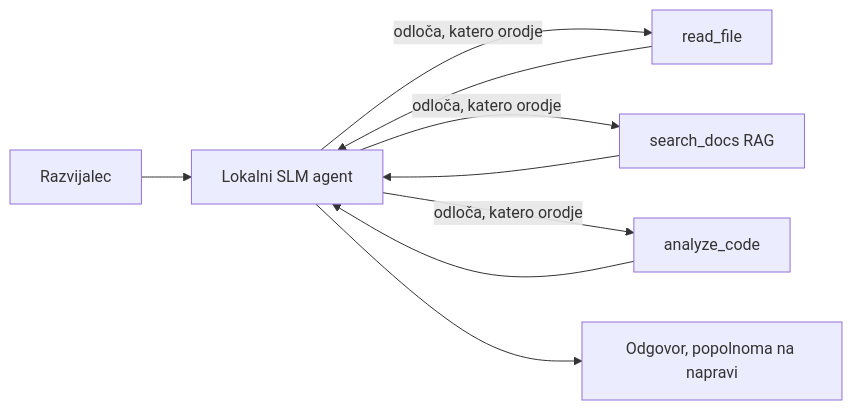
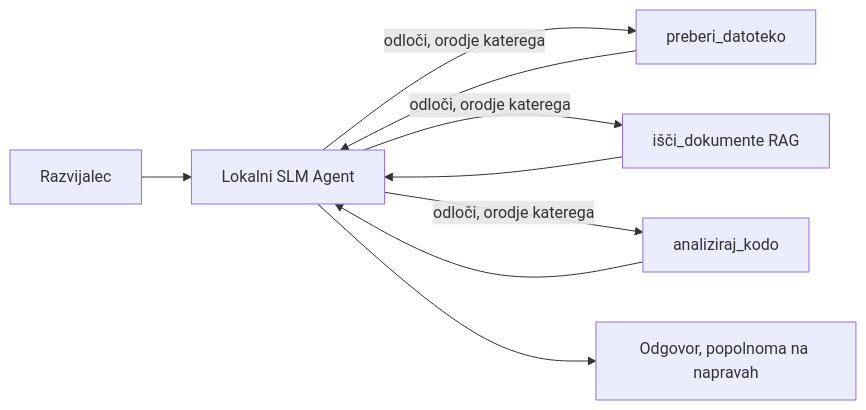
The first of 4 diagrams in mirrors/repos/microsoft@ai-agents-for-beginners/translations/sl/17-creating-local-ai-agents/README.md (gabrielmoreira/agent-skills-mirror), drawn with Mermaid before and after one commit. The commit also changed other lines of this file and 4262 other files, not shown here.

````diff
--- a/mirrors/repos/microsoft@ai-agents-for-beginners/translations/sl/17-creating-local-ai-agents/README.md
+++ b/mirrors/repos/microsoft@ai-agents-for-beginners/translations/sl/17-creating-local-ai-agents/README.md
@@ -66,11 +66,11 @@
 ```mermaid
 flowchart LR
-    U[Razvijalec] --> A[Lokalni SLM agent]
-    A -->|odloča, katero orodje| T1[read_file]
-    A -->|odloča, katero orodje| T2[search_docs RAG]
-    A -->|odloča, katero orodje| T3[analyze_code]
+    U[Razvijalec] --> A[Lokalni SLM Agent]
+    A -->|odloči, orodje katerega| T1[preberi_datoteko]
+    A -->|odloči, orodje katerega| T2[išči_dokumente RAG]
+    A -->|odloči, orodje katerega| T3[analiziraj_kodo]
     T1 --> A
     T2 --> A
     T3 --> A
-    A --> R[Odgovor, popolnoma na napravi]
+    A --> R[Odgovor, popolnoma na napravah]
 ```
````
